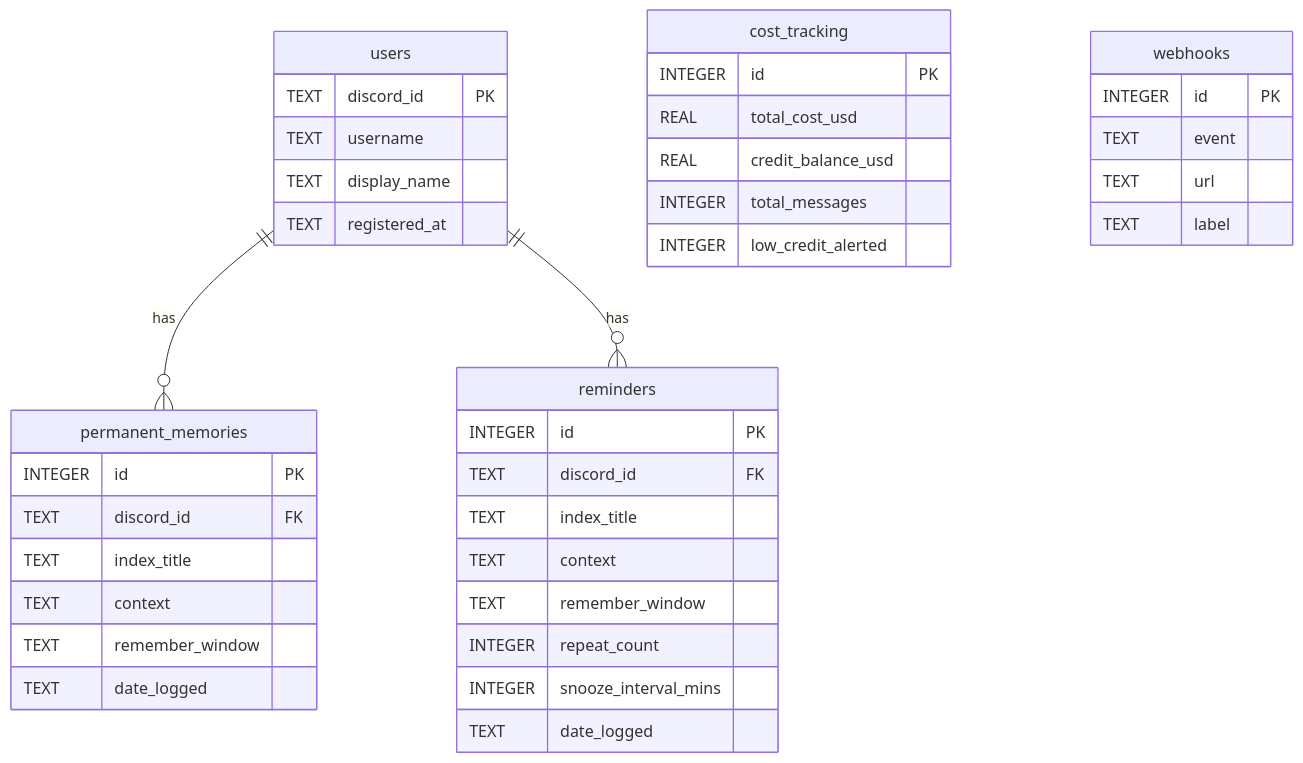
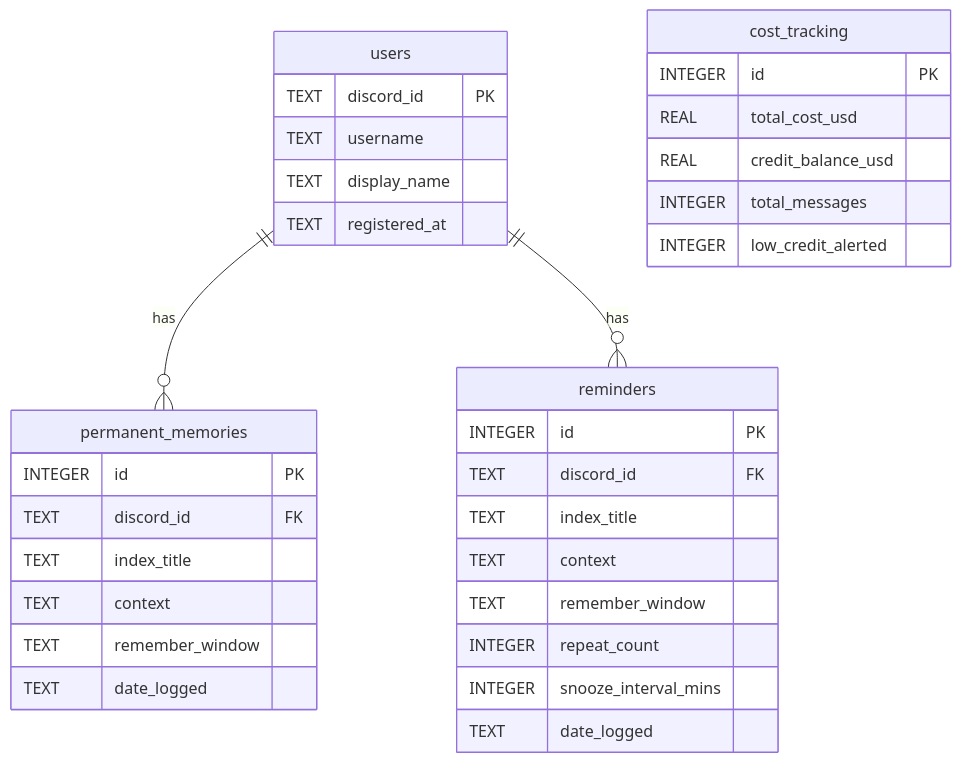
One commit to siddh30/RYO changed the third of 3 diagrams in README.MD. Above: the diagram before and after it, drawn with Mermaid. The commit also changed other lines of this file, not shown here.

First line of the commit message:
Update README: remove webhooks, reflect channel-scoped commands

````diff
--- a/README.MD
+++ b/README.MD
@@ -128,42 +138,36 @@
 ```mermaid
 erDiagram
     users {
         TEXT discord_id PK
         TEXT username
         TEXT display_name
         TEXT registered_at
     }
     permanent_memories {
         INTEGER id PK
         TEXT discord_id FK
         TEXT index_title
         TEXT context
         TEXT remember_window
         TEXT date_logged
     }
     reminders {
         INTEGER id PK
         TEXT discord_id FK
         TEXT index_title
         TEXT context
         TEXT remember_window
         INTEGER repeat_count
         INTEGER snooze_interval_mins
         TEXT date_logged
     }
     cost_tracking {
         INTEGER id PK
         REAL total_cost_usd
         REAL credit_balance_usd
         INTEGER total_messages
         INTEGER low_credit_alerted
     }
-    webhooks {
-        INTEGER id PK
-        TEXT event
-        TEXT url
-        TEXT label
-    }
     users ||--o{ permanent_memories : has
     users ||--o{ reminders : has
 ```
````
